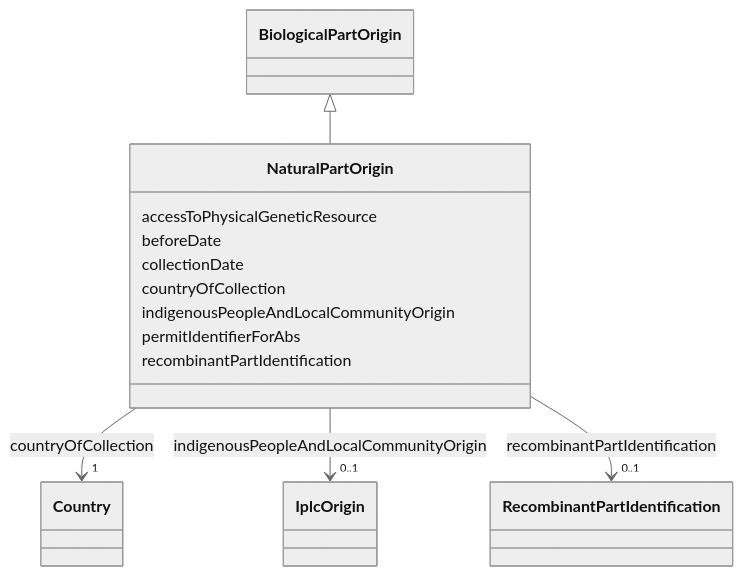
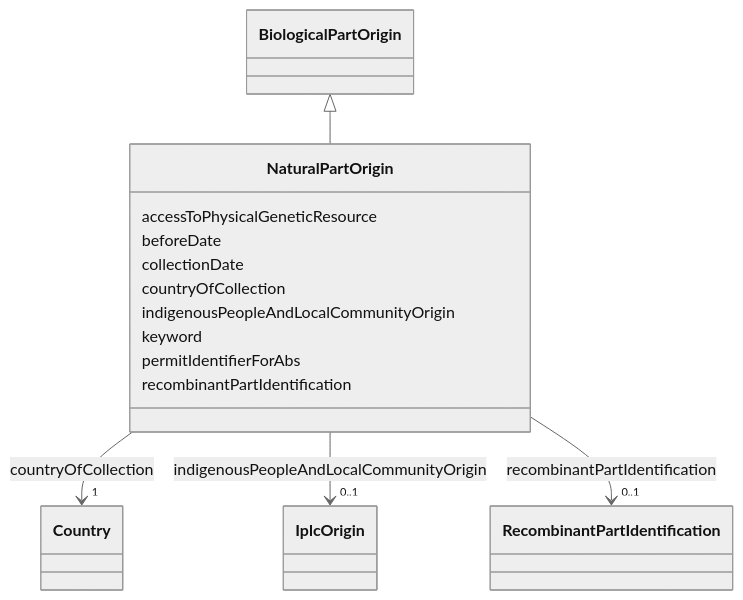
The diagram in models/docs/NaturalPartOrigin.md (EVORA-project/evora-ontology), drawn with Mermaid (neutral theme) before and after one commit. The commit also changed other lines of this file and 402 other files, not shown here.

````diff
--- a/models/docs/NaturalPartOrigin.md
+++ b/models/docs/NaturalPartOrigin.md
@@ -19,44 +19,46 @@
 ```mermaid
  classDiagram
     class NaturalPartOrigin
     click NaturalPartOrigin href "../NaturalPartOrigin"
       BiologicalPartOrigin <|-- NaturalPartOrigin
         click BiologicalPartOrigin href "../BiologicalPartOrigin"
       
       NaturalPartOrigin : accessToPhysicalGeneticResource
         
       NaturalPartOrigin : beforeDate
         
       NaturalPartOrigin : collectionDate
         
       NaturalPartOrigin : countryOfCollection
         
           
     
     
     NaturalPartOrigin --> "1" Country : countryOfCollection
     click Country href "../Country"
 
         
       NaturalPartOrigin : indigenousPeopleAndLocalCommunityOrigin
         
           
     
     
     NaturalPartOrigin --> "0..1" IplcOrigin : indigenousPeopleAndLocalCommunityOrigin
     click IplcOrigin href "../IplcOrigin"
 
         
+      NaturalPartOrigin : keyword
+        
       NaturalPartOrigin : permitIdentifierForAbs
         
       NaturalPartOrigin : recombinantPartIdentification
         
           
     
     
     NaturalPartOrigin --> "0..1" RecombinantPartIdentification : recombinantPartIdentification
     click RecombinantPartIdentification href "../RecombinantPartIdentification"
 
         
       
 ```
````
